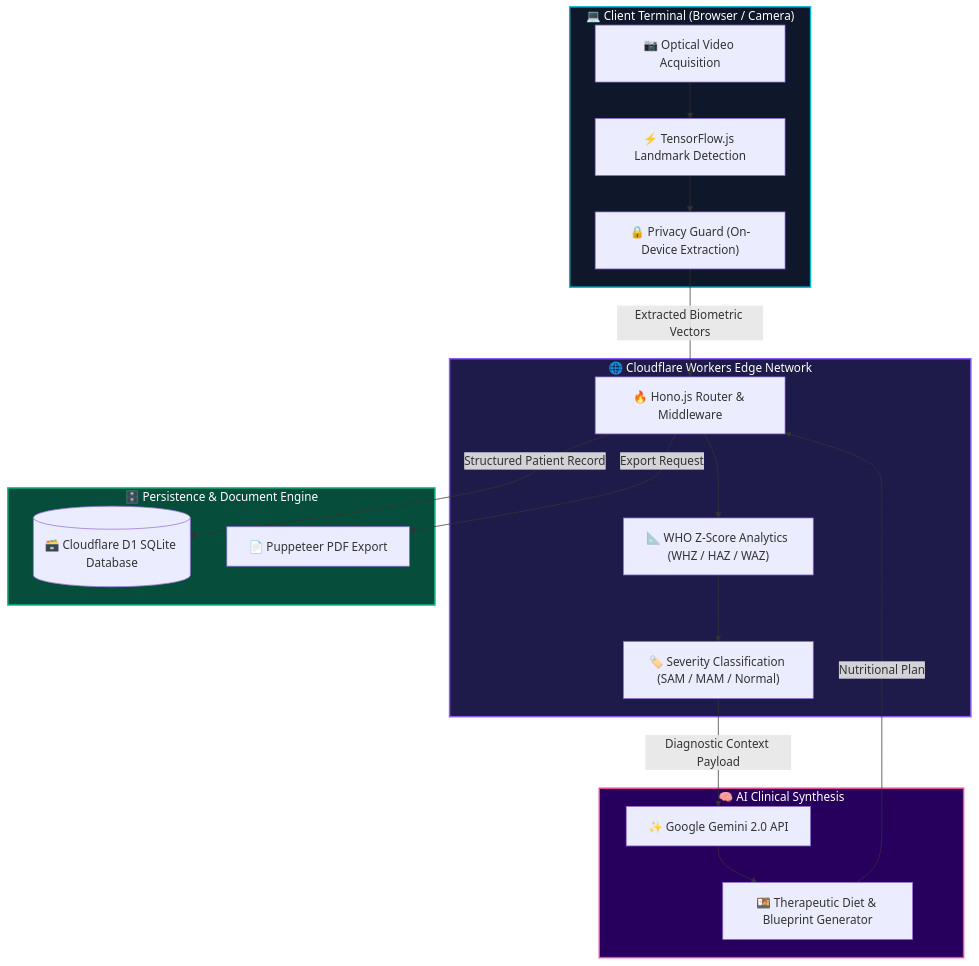
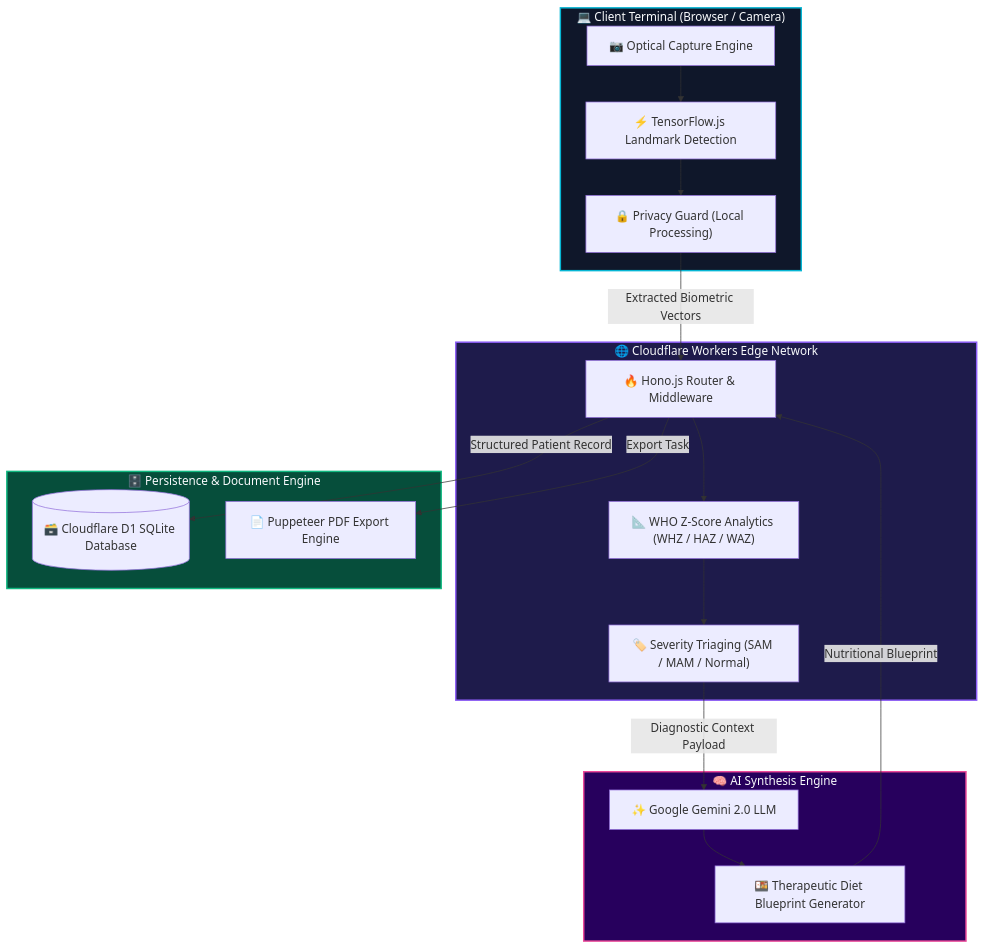
One commit to vigneshaadepu/Nutriscan_AI changed the diagram in README.md. Above: the diagram before and after it, drawn with Mermaid. The commit also changed other lines of this file, not shown here.

````diff
--- a/README.md
+++ b/README.md
@@ -135,44 +132,44 @@
 ```mermaid
 flowchart TD
-    %% Custom Vibrant Node Styling
-    classDef client fill:#0f172a,stroke:#06B6D4,stroke-width:2px,color:#fff;
-    classDef edge fill:#1e1b4b,stroke:#8B5CF6,stroke-width:2px,color:#fff;
-    classDef ai fill:#27005D,stroke:#EC4899,stroke-width:2px,color:#fff;
-    classDef persistence fill:#064E3B,stroke:#10B981,stroke-width:2px,color:#fff;
+    %% Custom Colored Nodes
+    classDef client fill:#0F172A,stroke:#06B6D4,stroke-width:2px,color:#F8FAFC;
+    classDef edge fill:#1E1B4B,stroke:#8B5CF6,stroke-width:2px,color:#F8FAFC;
+    classDef ai fill:#27005D,stroke:#EC4899,stroke-width:2px,color:#F8FAFC;
+    classDef storage fill:#064E3B,stroke:#10B981,stroke-width:2px,color:#F8FAFC;
 
     subgraph Client ["💻 Client Terminal (Browser / Camera)"]
-        Cam["📷 Optical Video Acquisition"]
+        Cam["📷 Optical Capture Engine"]
         TFJS["⚡ TensorFlow.js Landmark Detection"]
-        Privacy["🔒 Privacy Guard (On-Device Extraction)"]
+        Privacy["🔒 Privacy Guard (Local Processing)"]
         Cam --> TFJS --> Privacy
     end
 
     subgraph EdgeGateway ["🌐 Cloudflare Workers Edge Network"]
         Hono["🔥 Hono.js Router & Middleware"]
         WHOEngine["📐 WHO Z-Score Analytics (WHZ / HAZ / WAZ)"]
-        TriageEngine["🏷️ Severity Classification (SAM / MAM / Normal)"]
+        TriageEngine["🏷️ Severity Triaging (SAM / MAM / Normal)"]
         Hono --> WHOEngine --> TriageEngine
     end
 
-    subgraph Intelligence ["🧠 AI Clinical Synthesis"]
-        Gemini["✨ Google Gemini 2.0 API"]
-        DietPlanner["🍱 Therapeutic Diet & Blueprint Generator"]
+    subgraph Intelligence ["🧠 AI Synthesis Engine"]
+        Gemini["✨ Google Gemini 2.0 LLM"]
+        DietPlanner["🍱 Therapeutic Diet Blueprint Generator"]
         Gemini --> DietPlanner
     end
 
     subgraph Storage ["🗄️ Persistence & Document Engine"]
         D1[("🗃️ Cloudflare D1 SQLite Database")]
-        Puppeteer["📄 Puppeteer PDF Export"]
+        Puppeteer["📄 Puppeteer PDF Export Engine"]
     end
 
     Privacy -->|Extracted Biometric Vectors| Hono
     TriageEngine -->|Diagnostic Context Payload| Gemini
-    DietPlanner -->|Nutritional Plan| Hono
+    DietPlanner -->|Nutritional Blueprint| Hono
     Hono -->|Structured Patient Record| D1
-    Hono -->|Export Request| Puppeteer
+    Hono -->|Export Task| Puppeteer
 
     class Client client;
     class EdgeGateway edge;
     class Intelligence ai;
-    class Storage persistence;
+    class Storage storage;
 ```
````
